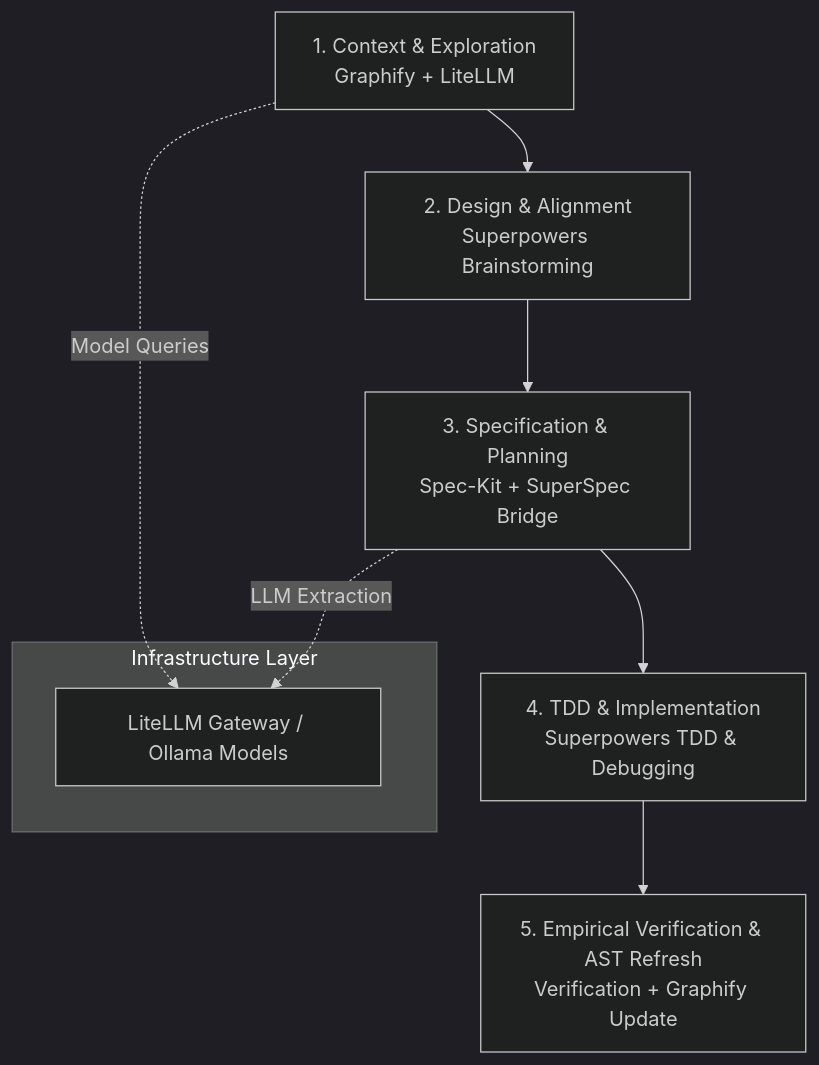
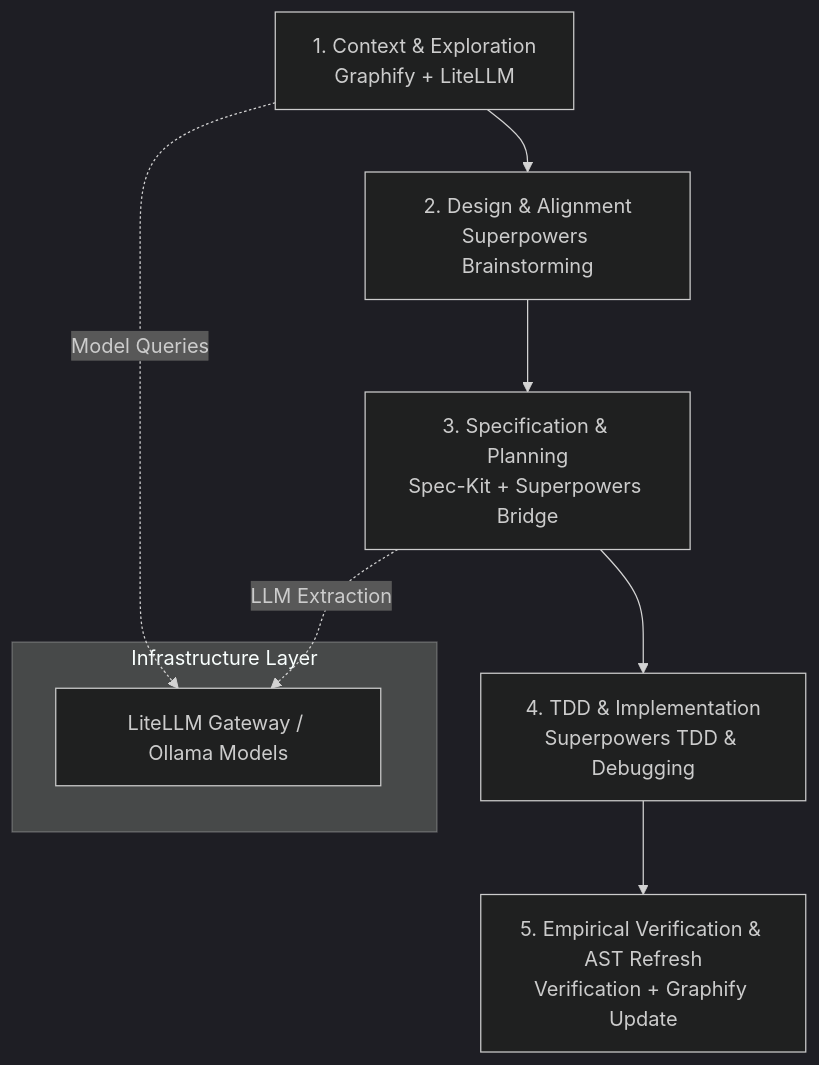
The third of 3 diagrams in docs/setup_guide_speckit_superpowers_graphify_litellm.md (lgcorzo/rust_CACD_autonomous_factory), drawn with Mermaid (dark theme) before and after one commit. The commit also changed other lines of this file and 8 other files, not shown here.

Commit message:
refactor: replace SuperSpec with Superpowers Bridge and remove code-review-graph documentation and hooks

````diff
--- a/docs/setup_guide_speckit_superpowers_graphify_litellm.md
+++ b/docs/setup_guide_speckit_superpowers_graphify_litellm.md
@@ -236,14 +280,14 @@
 ```mermaid
 flowchart TD
     Phase1[1. Context & Exploration<br/>Graphify + LiteLLM] --> Phase2[2. Design & Alignment<br/>Superpowers Brainstorming]
-    Phase2 --> Phase3[3. Specification & Planning<br/>Spec-Kit + SuperSpec Bridge]
+    Phase2 --> Phase3[3. Specification & Planning<br/>Spec-Kit + Superpowers Bridge]
     Phase3 --> Phase4[4. TDD & Implementation<br/>Superpowers TDD & Debugging]
     Phase4 --> Phase5[5. Empirical Verification & AST Refresh<br/>Verification + Graphify Update]
 
     subgraph Infrastructure Layer
         LiteLLM[LiteLLM Gateway / Ollama Models]
     end
 
     Phase1 -. Model Queries .-> LiteLLM
     Phase3 -. LLM Extraction .-> LiteLLM
 ```
````
